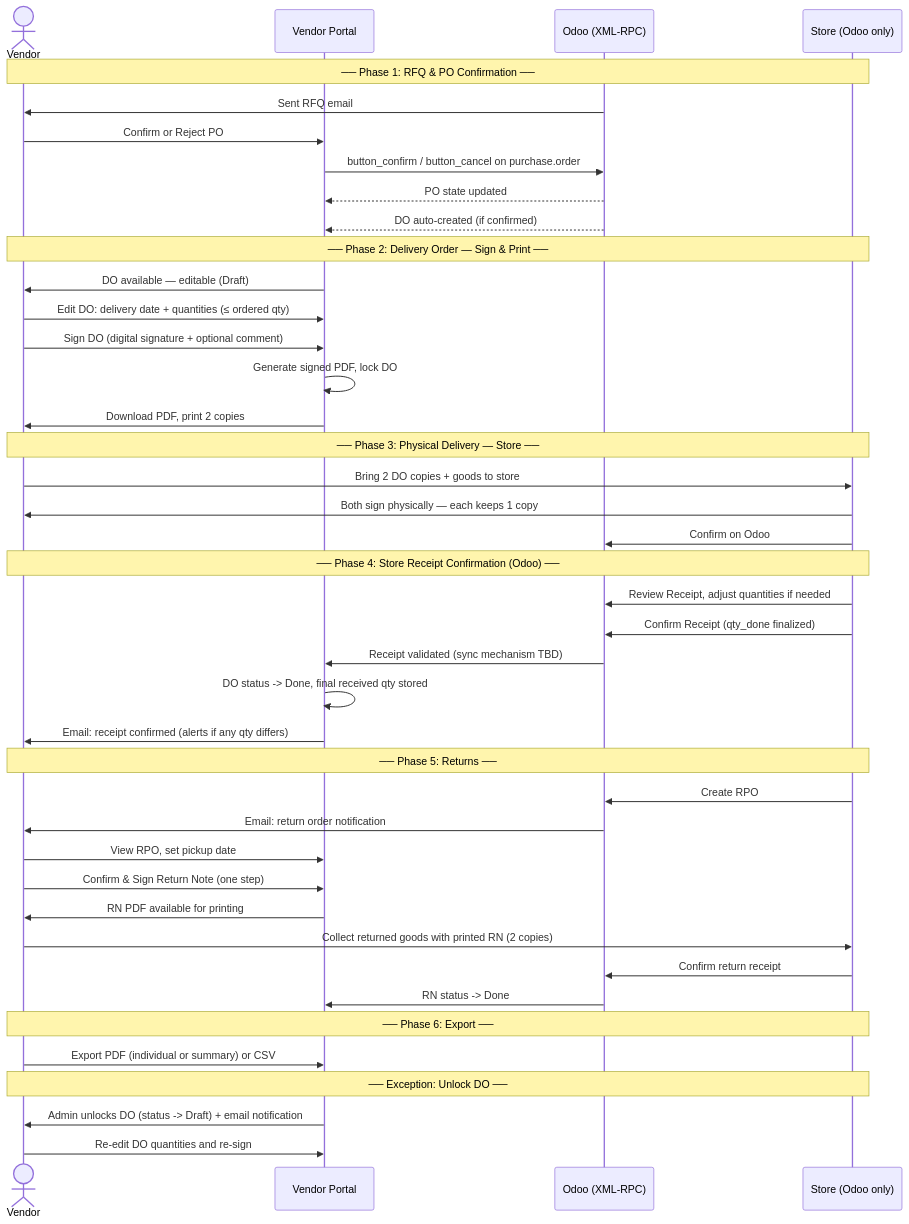
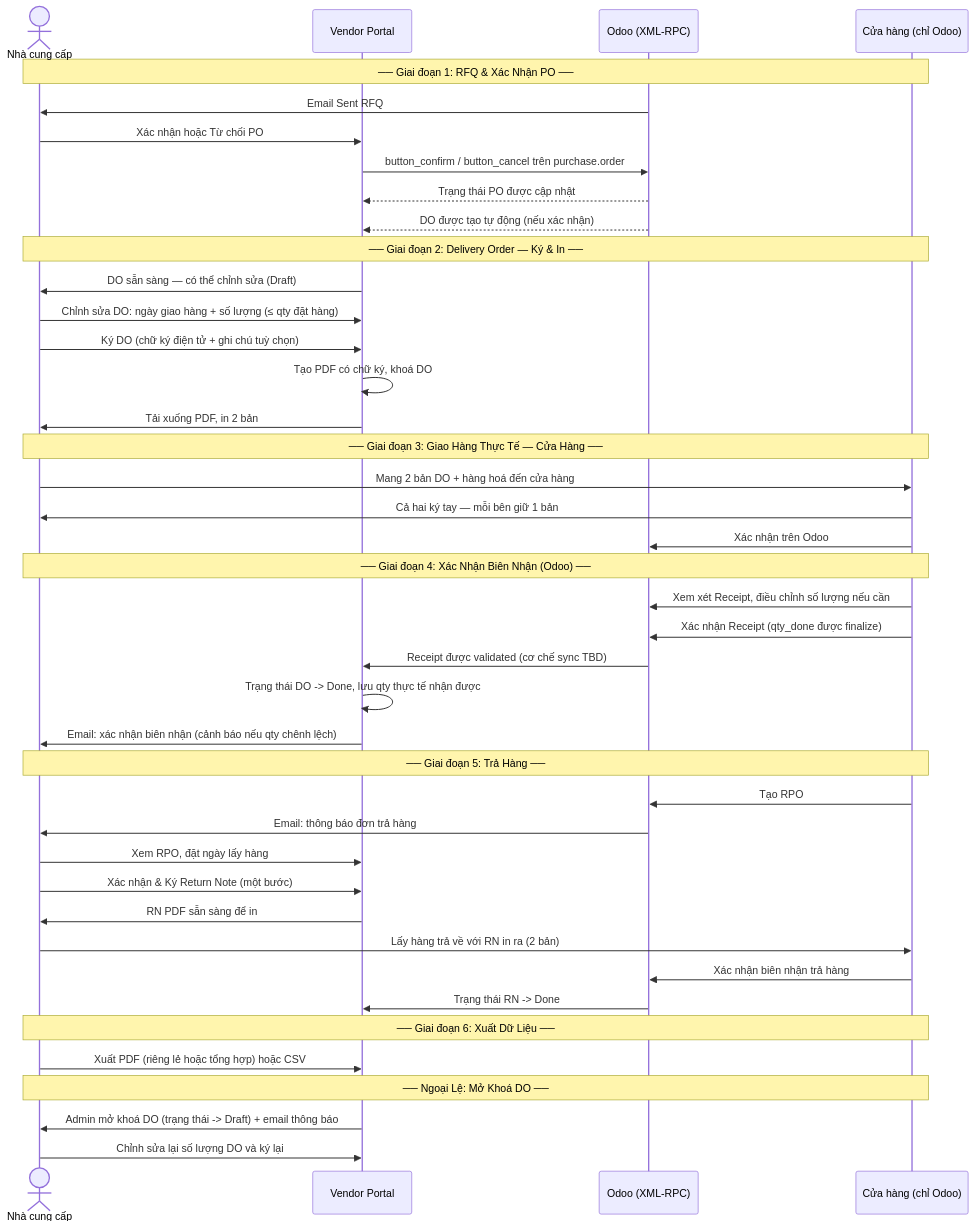
One commit to 3Sach/3S_vendor_portal changed the third of 5 diagrams in PROCESS_FLOW.md. Above: the diagram before and after it, drawn with Mermaid. The commit also changed other lines of this file and 2 other files, not shown here.

Commit message:
Translate README.md and roadmap.md to Vietnamese, updating sections for clarity and confirming technical decisions with the IT team. Adjusted sync mechanisms and clarified email notifications for vendor actions.

````diff
--- a/PROCESS_FLOW.md
+++ b/PROCESS_FLOW.md
@@ -116,50 +116,50 @@
 ```mermaid
 sequenceDiagram
-    actor Vendor
+    actor Vendor as Nhà cung cấp
     participant Portal as Vendor Portal
     participant Odoo as Odoo (XML-RPC)
-    participant Store as Store (Odoo only)
+    participant Store as Cửa hàng (chỉ Odoo)
 
-    Note over Vendor,Store: ── Phase 1: RFQ & PO Confirmation ──
-    Odoo->>Vendor: Sent RFQ email
-    Vendor->>Portal: Confirm or Reject PO
-    Portal->>Odoo: button_confirm / button_cancel on purchase.order
-    Odoo-->>Portal: PO state updated
-    Odoo-->>Portal: DO auto-created (if confirmed)
+    Note over Vendor,Store: ── Giai đoạn 1: RFQ & Xác Nhận PO ──
+    Odoo->>Vendor: Email Sent RFQ
+    Vendor->>Portal: Xác nhận hoặc Từ chối PO
+    Portal->>Odoo: button_confirm / button_cancel trên purchase.order
+    Odoo-->>Portal: Trạng thái PO được cập nhật
+    Odoo-->>Portal: DO được tạo tự động (nếu xác nhận)
 
-    Note over Vendor,Store: ── Phase 2: Delivery Order — Sign & Print ──
-    Portal->>Vendor: DO available — editable (Draft)
-    Vendor->>Portal: Edit DO: delivery date + quantities (≤ ordered qty)
-    Vendor->>Portal: Sign DO (digital signature + optional comment)
-    Portal->>Portal: Generate signed PDF, lock DO
-    Portal->>Vendor: Download PDF, print 2 copies
+    Note over Vendor,Store: ── Giai đoạn 2: Delivery Order — Ký & In ──
+    Portal->>Vendor: DO sẵn sàng — có thể chỉnh sửa (Draft)
+    Vendor->>Portal: Chỉnh sửa DO: ngày giao hàng + số lượng (≤ qty đặt hàng)
+    Vendor->>Portal: Ký DO (chữ ký điện tử + ghi chú tuỳ chọn)
+    Portal->>Portal: Tạo PDF có chữ ký, khoá DO
+    Portal->>Vendor: Tải xuống PDF, in 2 bản
 
-    Note over Vendor,Store: ── Phase 3: Physical Delivery — Store ──
-    Vendor->>Store: Bring 2 DO copies + goods to store
-    Store->>Vendor: Both sign physically — each keeps 1 copy
-    Store->>Odoo: Confirm on Odoo
+    Note over Vendor,Store: ── Giai đoạn 3: Giao Hàng Thực Tế — Cửa Hàng ──
+    Vendor->>Store: Mang 2 bản DO + hàng hoá đến cửa hàng
+    Store->>Vendor: Cả hai ký tay — mỗi bên giữ 1 bản
+    Store->>Odoo: Xác nhận trên Odoo
 
-    Note over Vendor,Store: ── Phase 4: Store Receipt Confirmation (Odoo) ──
-    Store->>Odoo: Review Receipt, adjust quantities if needed
-    Store->>Odoo: Confirm Receipt (qty_done finalized)
-    Odoo->>Portal: Receipt validated (sync mechanism TBD)
-    Portal->>Portal: DO status -> Done, final received qty stored
-    Portal->>Vendor: Email: receipt confirmed (alerts if any qty differs)
+    Note over Vendor,Store: ── Giai đoạn 4: Xác Nhận Biên Nhận (Odoo) ──
+    Store->>Odoo: Xem xét Receipt, điều chỉnh số lượng nếu cần
+    Store->>Odoo: Xác nhận Receipt (qty_done được finalize)
+    Odoo->>Portal: Receipt được validated (cơ chế sync TBD)
+    Portal->>Portal: Trạng thái DO -> Done, lưu qty thực tế nhận được
+    Portal->>Vendor: Email: xác nhận biên nhận (cảnh báo nếu qty chênh lệch)
 
-    Note over Vendor,Store: ── Phase 5: Returns ──
-    Store->>Odoo: Create RPO
-    Odoo->>Vendor: Email: return order notification
-    Vendor->>Portal: View RPO, set pickup date
-    Vendor->>Portal: Confirm & Sign Return Note (one step)
-    Portal->>Vendor: RN PDF available for printing
-    Vendor->>Store: Collect returned goods with printed RN (2 copies)
-    Store->>Odoo: Confirm return receipt
-    Odoo->>Portal: RN status -> Done
+    Note over Vendor,Store: ── Giai đoạn 5: Trả Hàng ──
+    Store->>Odoo: Tạo RPO
+    Odoo->>Vendor: Email: thông báo đơn trả hàng
+    Vendor->>Portal: Xem RPO, đặt ngày lấy hàng
+    Vendor->>Portal: Xác nhận & Ký Return Note (một bước)
+    Portal->>Vendor: RN PDF sẵn sàng để in
+    Vendor->>Store: Lấy hàng trả về với RN in ra (2 bản)
+    Store->>Odoo: Xác nhận biên nhận trả hàng
+    Odoo->>Portal: Trạng thái RN -> Done
 
-    Note over Vendor,Store: ── Phase 6: Export ──
-    Vendor->>Portal: Export PDF (individual or summary) or CSV
+    Note over Vendor,Store: ── Giai đoạn 6: Xuất Dữ Liệu ──
+    Vendor->>Portal: Xuất PDF (riêng lẻ hoặc tổng hợp) hoặc CSV
 
-    Note over Vendor,Store: ── Exception: Unlock DO ──
-    Portal->>Vendor: Admin unlocks DO (status -> Draft) + email notification
-    Vendor->>Portal: Re-edit DO quantities and re-sign
+    Note over Vendor,Store: ── Ngoại Lệ: Mở Khoá DO ──
+    Portal->>Vendor: Admin mở khoá DO (trạng thái -> Draft) + email thông báo
+    Vendor->>Portal: Chỉnh sửa lại số lượng DO và ký lại
 ```
````
